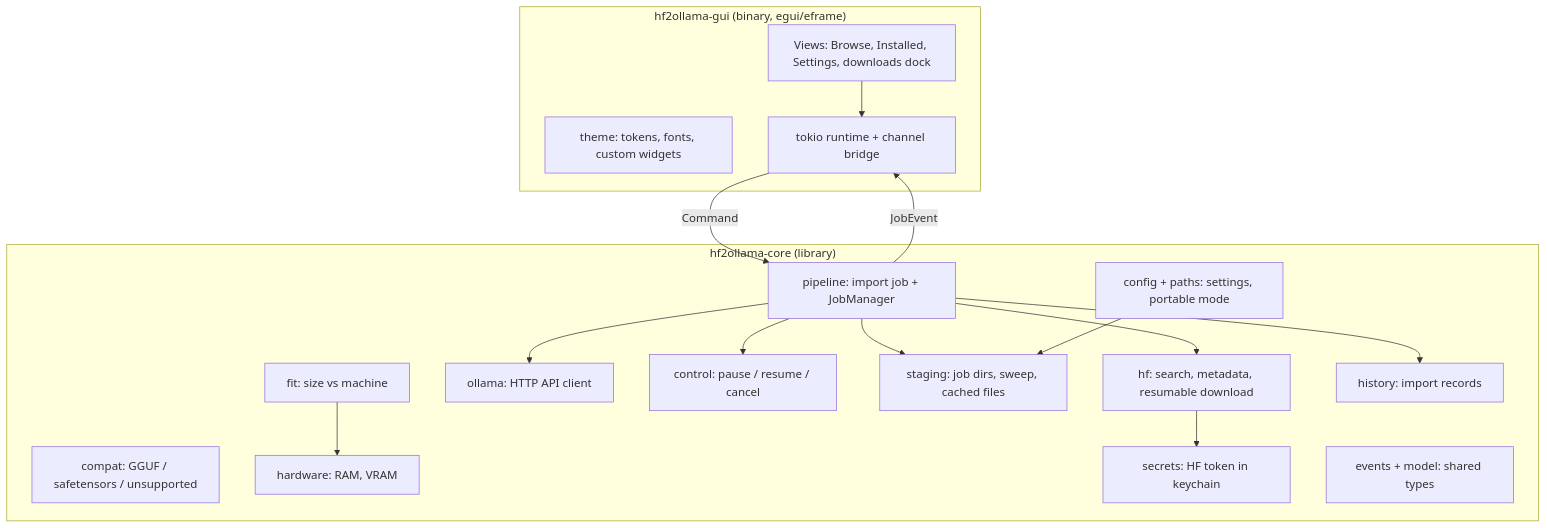
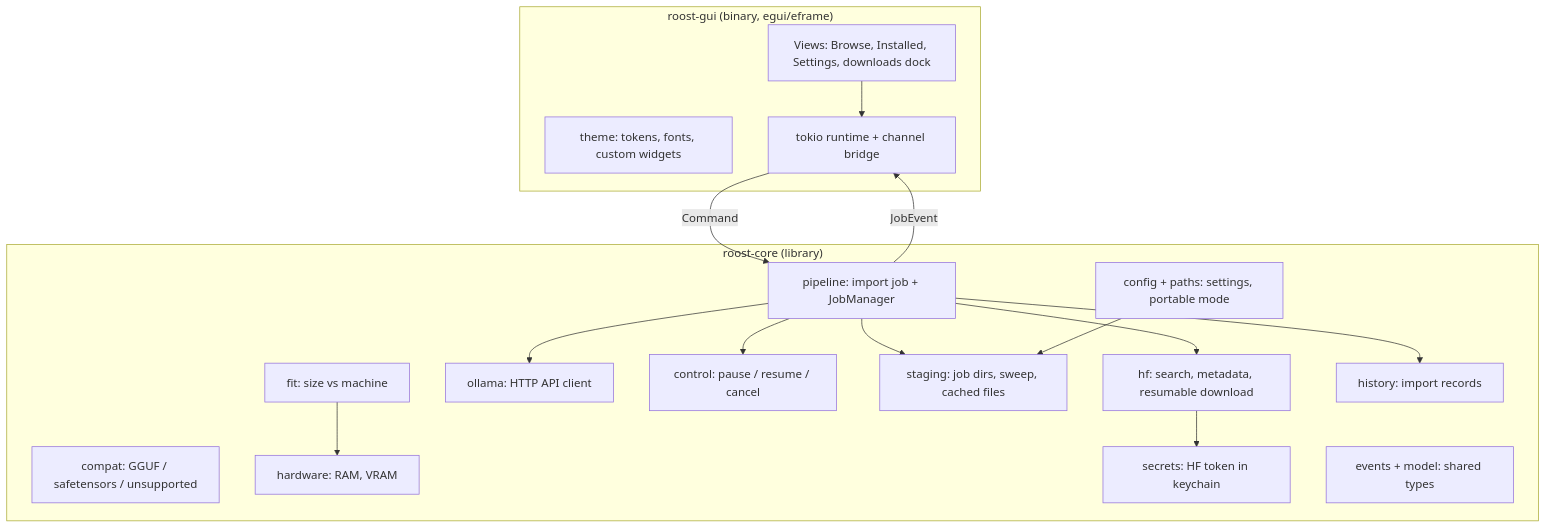
Before and after one commit to jdtobe/hf2ollama: the first of 3 diagrams in docs/ARCHITECTURE.md, drawn with Mermaid. The commit also changed other lines of this file and 25 other files, not shown here.

Commit message:
feat(gui): apply roost identity and packaging

````diff
--- a/docs/ARCHITECTURE.md
+++ b/docs/ARCHITECTURE.md
@@ -11,33 +11,33 @@
 ```mermaid
 flowchart TB
-    subgraph gui["hf2ollama-gui (binary, egui/eframe)"]
+    subgraph gui["roost-gui (binary, egui/eframe)"]
         views["Views: Browse, Installed, Settings, downloads dock"]
         theme["theme: tokens, fonts, custom widgets"]
         rt["tokio runtime + channel bridge"]
     end
-    subgraph core["hf2ollama-core (library)"]
+    subgraph core["roost-core (library)"]
         hf["hf: search, metadata, resumable download"]
         ollama["ollama: HTTP API client"]
         pipeline["pipeline: import job + JobManager"]
         control["control: pause / resume / cancel"]
         staging["staging: job dirs, sweep, cached files"]
         compat["compat: GGUF / safetensors / unsupported"]
         fit["fit: size vs machine"]
         hardware["hardware: RAM, VRAM"]
         config["config + paths: settings, portable mode"]
         secrets["secrets: HF token in keychain"]
         history["history: import records"]
         events["events + model: shared types"]
     end
     views --> rt
     rt -- "Command" --> pipeline
     pipeline -- "JobEvent" --> rt
     pipeline --> hf
     pipeline --> ollama
     pipeline --> staging
     pipeline --> control
     pipeline --> history
     fit --> hardware
     hf --> secrets
     config --> staging
 ```
````
